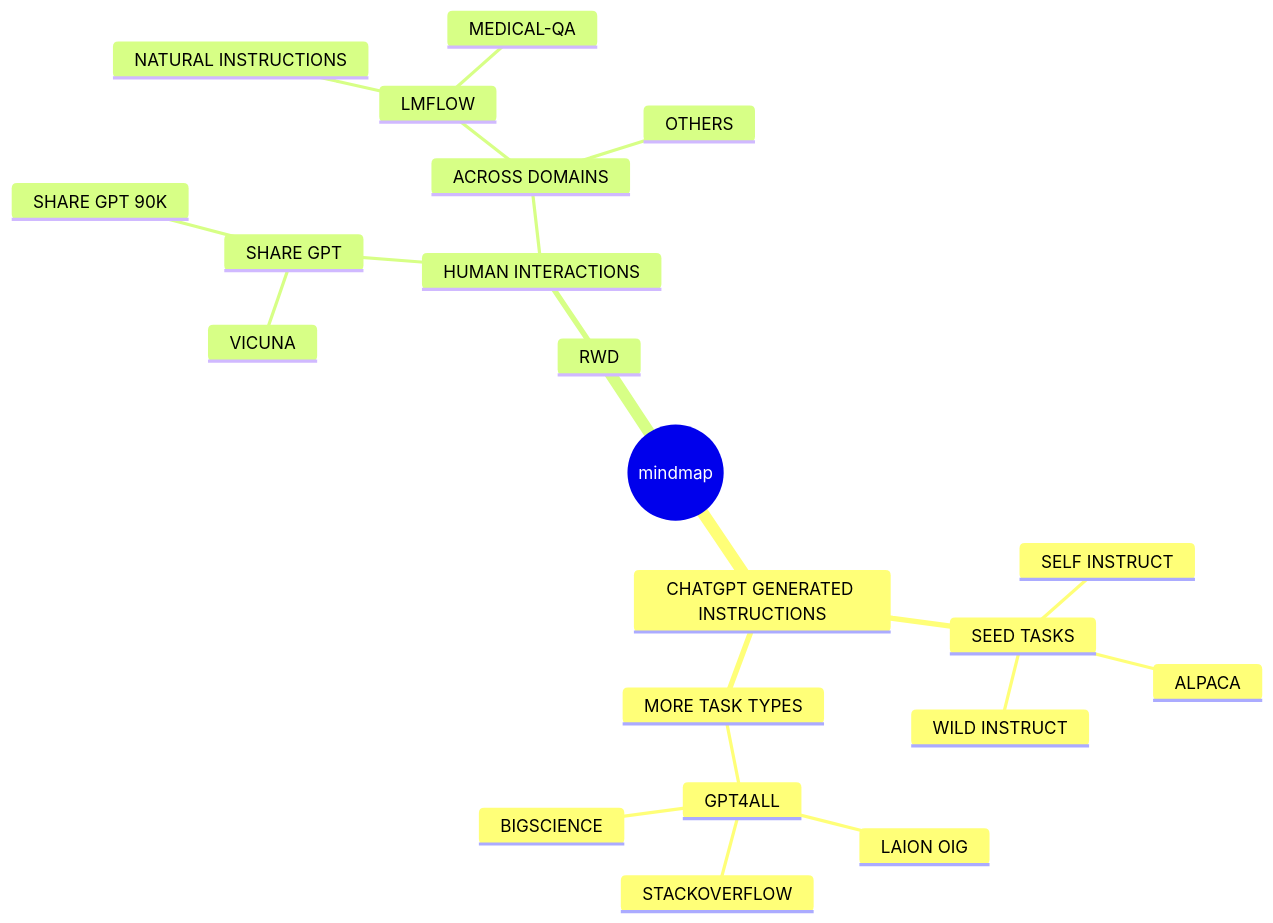
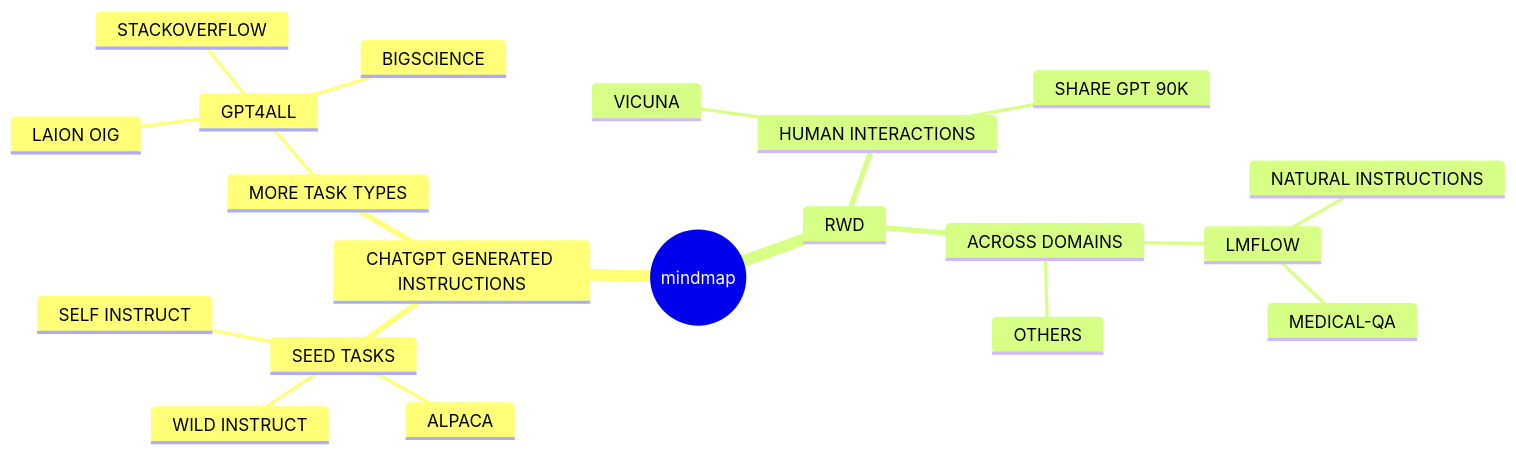
Before and after one commit to langbridgeai/Open-Instructions: the diagram in README.md, drawn with Mermaid.

````diff
--- a/README.md
+++ b/README.md
@@ -62,24 +62,23 @@
 ```mermaid
 mindmap
   root((mindmap))
     CHATGPT GENERATED INSTRUCTIONS
         SEED TASKS
             SELF INSTRUCT
             ALPACA
             WILD INSTRUCT
         MORE TASK TYPES
             GPT4ALL
                 LAION OIG
                 STACKOVERFLOW
                 BIGSCIENCE
     RWD
-      HUMAN INTERACTIONS
-        SHARE GPT
+        HUMAN INTERACTIONS
             VICUNA
             SHARE GPT 90K
         ACROSS DOMAINS
             LMFLOW
                 NATURAL INSTRUCTIONS
                 MEDICAL-QA
             OTHERS
 ```
````
